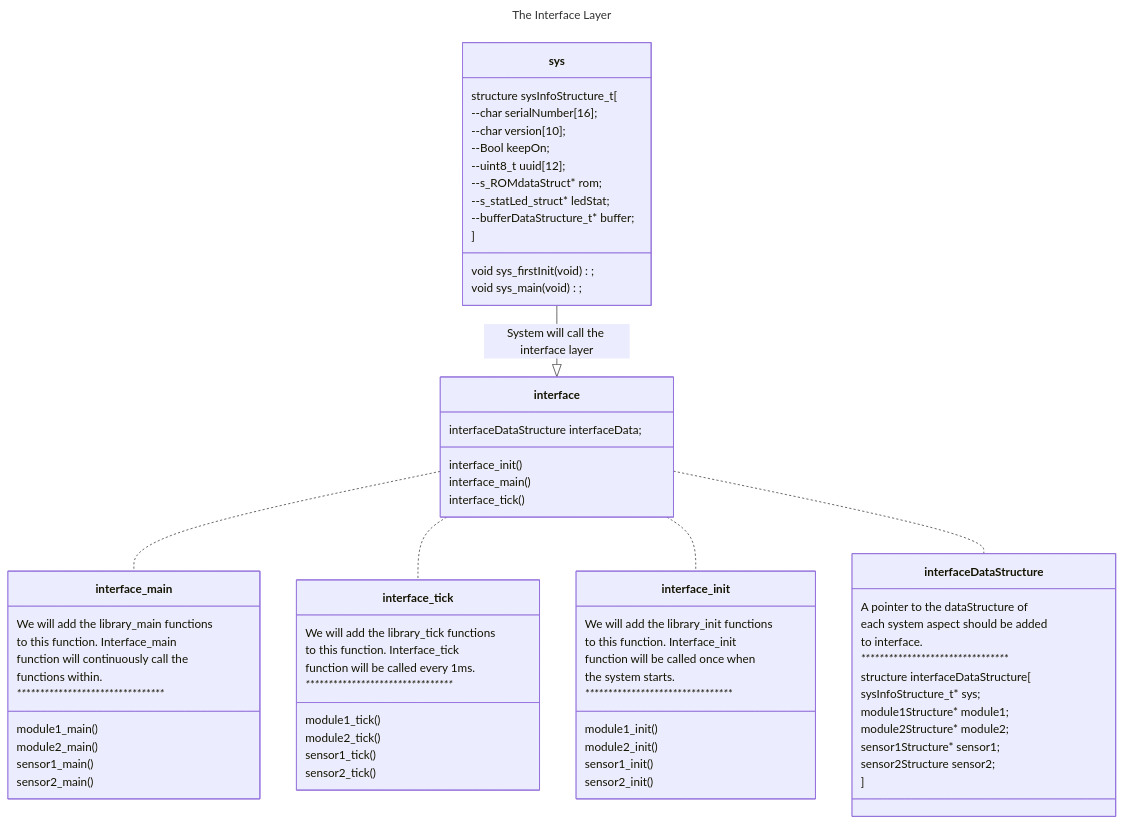
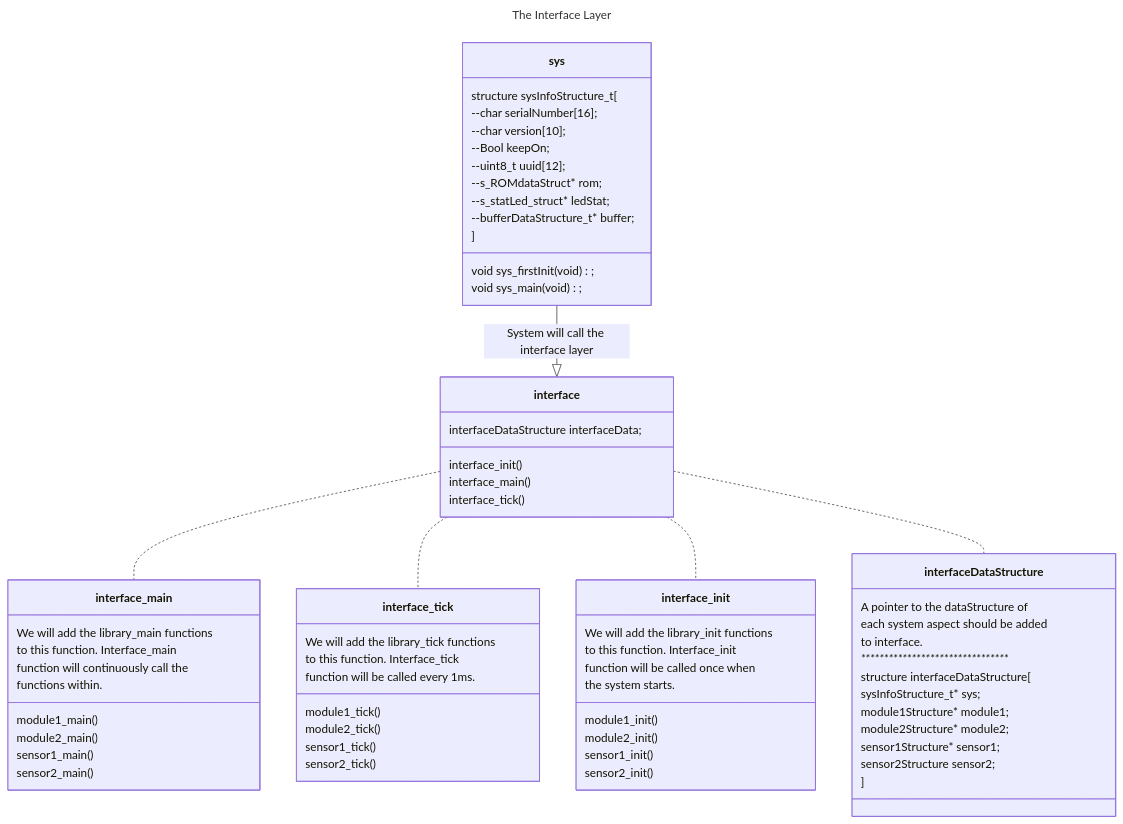
One commit to poriathegreat/MicroKernel changed the fifth of 6 diagrams in README.md. Above: the diagram before and after it, drawn with Mermaid.

```diff
--- a/README.md
+++ b/README.md
@@ -389,7 +389,6 @@
 to this function. Interface_main
 function will continuously call the
 functions within.  
-*********************************
     module1_main()
     module2_main()
     sensor1_main()
@@ -401,7 +400,6 @@
 to this function. Interface_init
 function will be called once when
 the system starts.  
-*********************************
     module1_init()
     module2_init()
     sensor1_init()
@@ -412,7 +410,6 @@
 We will add the library_tick functions
 to this function. Interface_tick
 function will be called every 1ms.  
-*********************************
     module1_tick()
     module2_tick()
     sensor1_tick()
```
